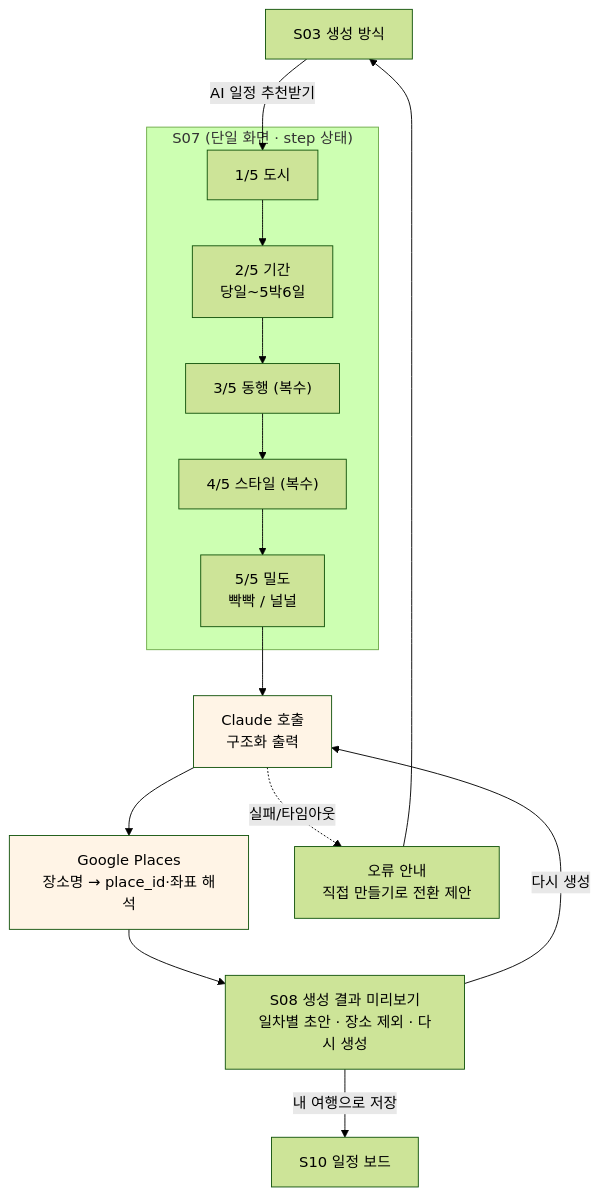
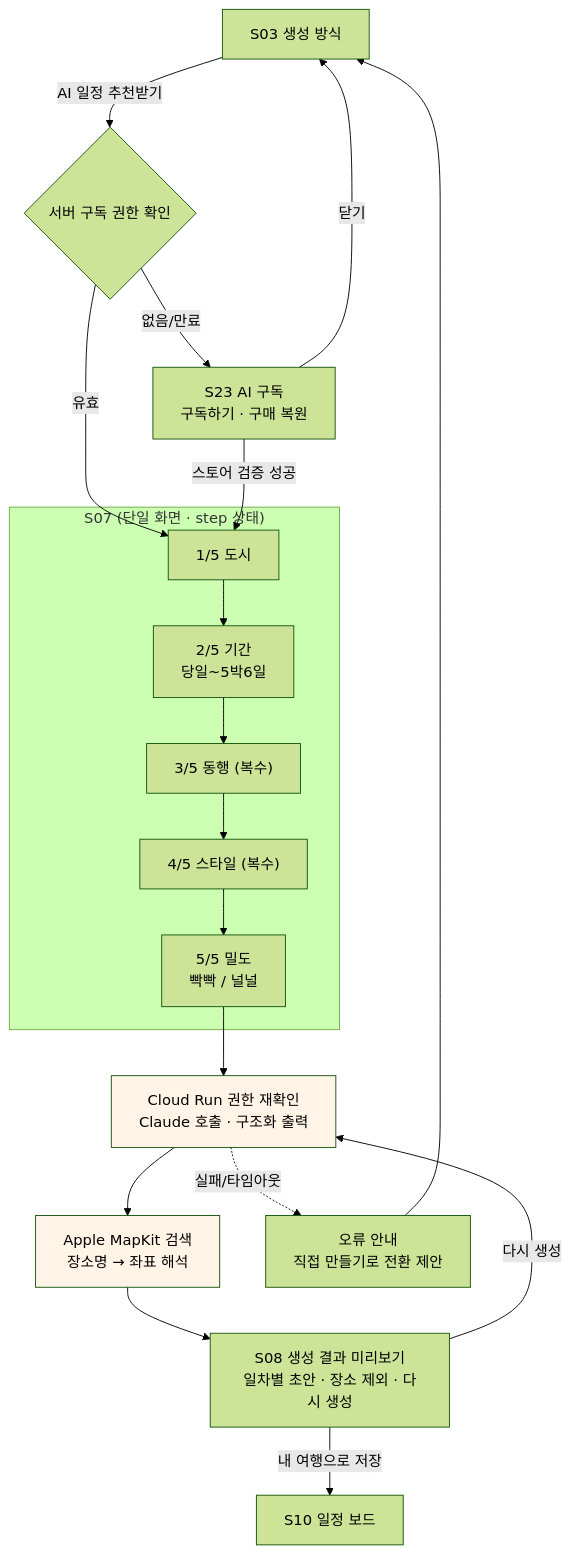
One commit to Bongseop-Kim/Itinova changed the third of 5 diagrams in docs/design.md. Above: the diagram before and after it, drawn with Mermaid (forest theme). The commit also changed other lines of this file and 1 other file, not shown here.

````diff
--- a/docs/design.md
+++ b/docs/design.md
@@ -327,17 +334,21 @@
 ```mermaid
 flowchart TD
-  A["S03 생성 방식"] -->|AI 일정 추천받기| Q1
+  A["S03 생성 방식"] -->|AI 일정 추천받기| GATE{"서버 구독 권한 확인"}
+  GATE -->|유효| Q1
+  GATE -->|없음/만료| S23["S23 AI 구독<br/>구독하기 · 구매 복원"]
+  S23 -->|스토어 검증 성공| Q1
+  S23 -->|닫기| A
   subgraph ASK["S07 (단일 화면 · step 상태)"]
     Q1["1/5 도시"] --> Q2["2/5 기간<br/>당일~5박6일"] --> Q3["3/5 동행 (복수)"] --> Q4["4/5 스타일 (복수)"] --> Q5["5/5 밀도<br/>빡빡 / 널널"]
   end
-  Q5 --> GEN["Claude 호출<br/>구조화 출력"]
-  GEN --> RES["Google Places<br/>장소명 → place_id·좌표 해석"]
+  Q5 --> GEN["Cloud Run 권한 재확인<br/>Claude 호출 · 구조화 출력"]
+  GEN --> RES["Apple MapKit 검색<br/>장소명 → 좌표 해석"]
   RES --> S08["S08 생성 결과 미리보기<br/>일차별 초안 · 장소 제외 · 다시 생성"]
   S08 -->|내 여행으로 저장| S10["S10 일정 보드"]
   S08 -->|다시 생성| GEN
   GEN -.->|실패/타임아웃| ERR["오류 안내<br/>직접 만들기로 전환 제안"]
   ERR --> A
 
   style GEN fill:#fff4e6
   style RES fill:#fff4e6
 ```
````
